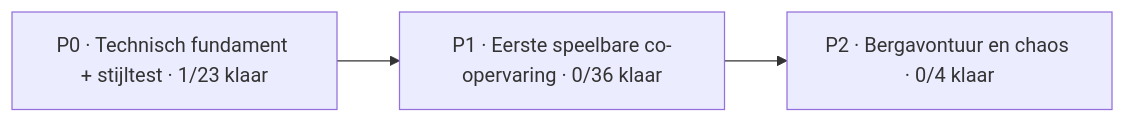
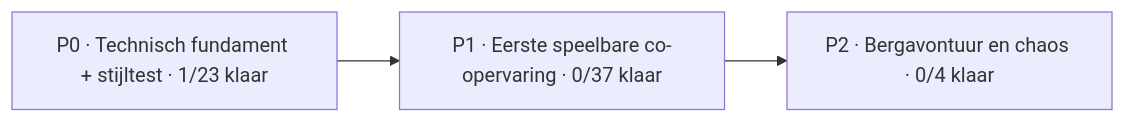
The diagram in Docs/PROJECT_BOARD.md (mlemson/conductor-chaos), drawn with Mermaid before and after one commit. The commit also changed other lines of this file, not shown here.

````diff
--- a/Docs/PROJECT_BOARD.md
+++ b/Docs/PROJECT_BOARD.md
@@ -13,7 +13,7 @@
 ```mermaid
 flowchart LR
     P0["P0 · Technisch fundament + stijltest · 1/23 klaar"]
-    P1["P1 · Eerste speelbare co-opervaring · 0/36 klaar"]
+    P1["P1 · Eerste speelbare co-opervaring · 0/37 klaar"]
     P2["P2 · Bergavontuur en chaos · 0/4 klaar"]
     P0 --> P1 --> P2
 ```
````
